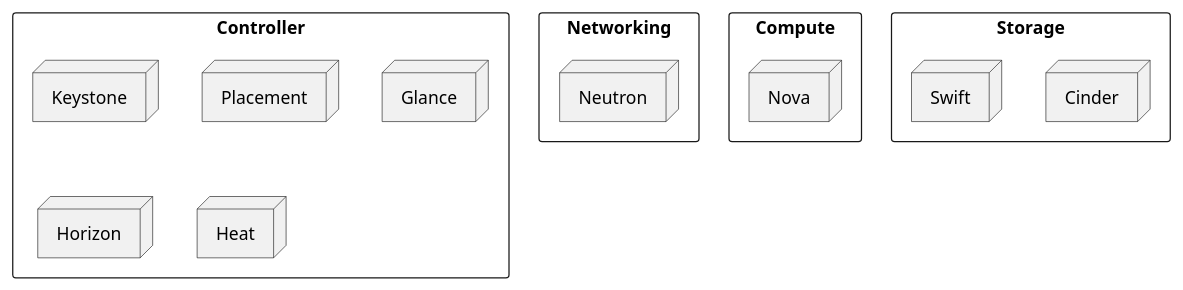
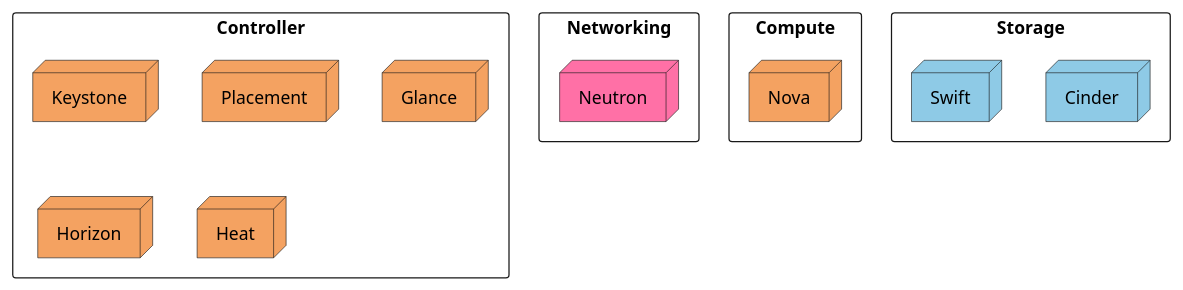
Before and after one commit to greppers/greppers.github.io: the diagram in src/docs/openstack-architecture.org, drawn with PlantUML. The commit also changed other lines of this file and 5 other files, not shown here.

Commit message:
Update plantuml diagrams

```diff
--- a/src/docs/openstack-architecture.org
+++ b/src/docs/openstack-architecture.org
@@ -4,28 +5,28 @@
-#+begin_src plantuml :file ../../assets/images/arch.svg :exports results
+#+begin_src plantuml :file ../../assets/images/arch.svg :exports results :eval yes :cache yes
 @startuml
 skinparam BackgroundColor transparent
 skinparam componentStyle rectangle
 
 component Networking {
-	node Neutron
+	node Neutron   #ff70a6
 }
 
-component "Compute" {
+component Compute {
 	node Nova
 }
 
 component Controller {
-	node Nova
-	node Keystone
-	node Placement
-	node Glance
-	node Horizon
-	node Heat
+	node Nova      #f4a261
+	node Keystone  #f4a261
+	node Placement #f4a261
+	node Glance    #f4a261
+	node Horizon   #f4a261
+	node Heat      #f4a261
 }
 
-component "Storage" {
-	node Cinder
-	node Swift
+component Storage {
+	node Cinder    #8ecae6
+	node Swift     #8ecae6
 }
 @enduml
 #+end_src
```
